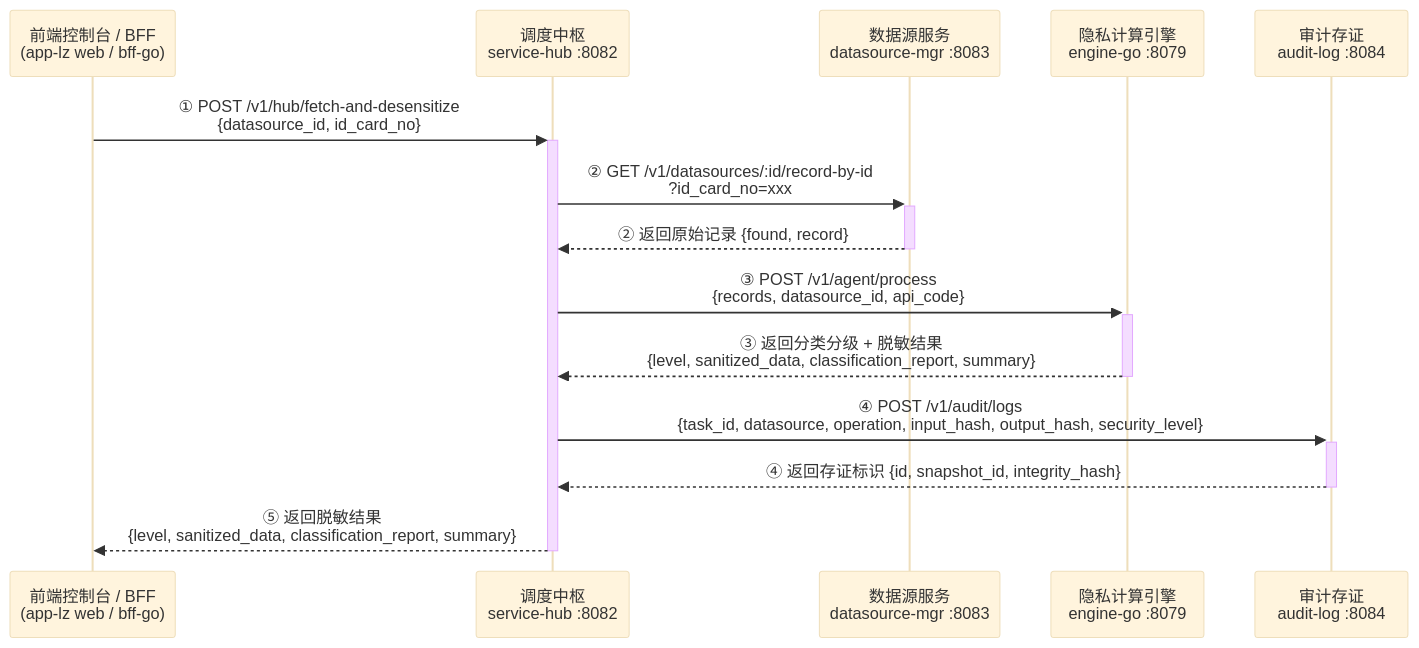
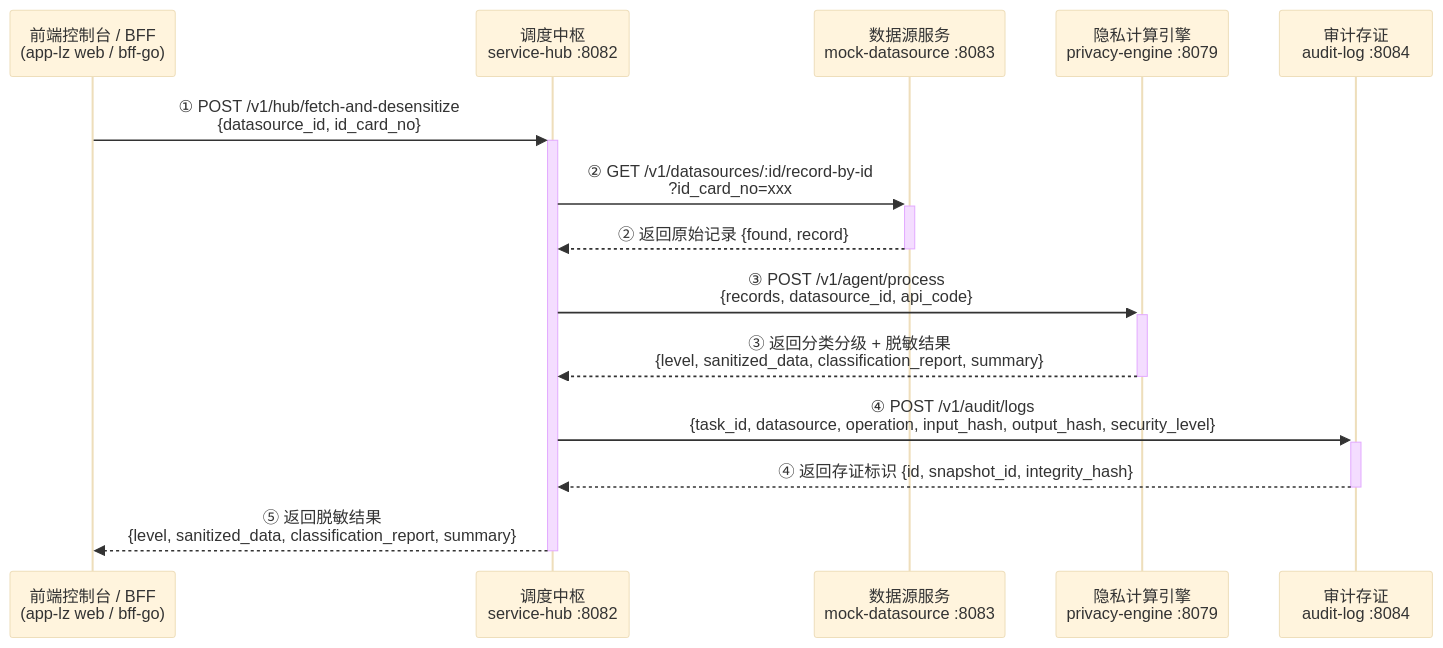
Before and after one commit to fengzhizi319/PrivShield-go: the second of 2 diagrams in services/service-hub/docs/api.md, drawn with Mermaid (base theme). The commit also changed other lines of this file and 22 other files, not shown here.

````diff
--- a/services/service-hub/docs/api.md
+++ b/services/service-hub/docs/api.md
@@ -607,21 +607,21 @@
 ```mermaid
 sequenceDiagram
     participant Client as 前端控制台 / BFF<br/>(app-lz web / bff-go)
     participant Hub as 调度中枢<br/>service-hub :8082
-    participant DS as 数据源服务<br/>datasource-mgr :8083
-    participant Engine as 隐私计算引擎<br/>engine-go :8079
+    participant DS as 数据源服务<br/>mock-datasource :8083
+    participant Engine as 隐私计算引擎<br/>privacy-engine :8079
     participant Audit as 审计存证<br/>audit-log :8084
 
     Client->>+Hub: ① POST /v1/hub/fetch-and-desensitize<br/>{datasource_id, id_card_no}
 
     Hub->>+DS: ② GET /v1/datasources/:id/record-by-id<br/>?id_card_no=xxx
     DS-->>-Hub: ② 返回原始记录 {found, record}
 
     Hub->>+Engine: ③ POST /v1/agent/process<br/>{records, datasource_id, api_code}
     Engine-->>-Hub: ③ 返回分类分级 + 脱敏结果<br/>{level, sanitized_data, classification_report, summary}
 
     Hub->>+Audit: ④ POST /v1/audit/logs<br/>{task_id, datasource, operation, input_hash, output_hash, security_level}
     Audit-->>-Hub: ④ 返回存证标识 {id, snapshot_id, integrity_hash}
 
     Hub-->>-Client: ⑤ 返回脱敏结果<br/>{level, sanitized_data, classification_report, summary}
 ```
````
